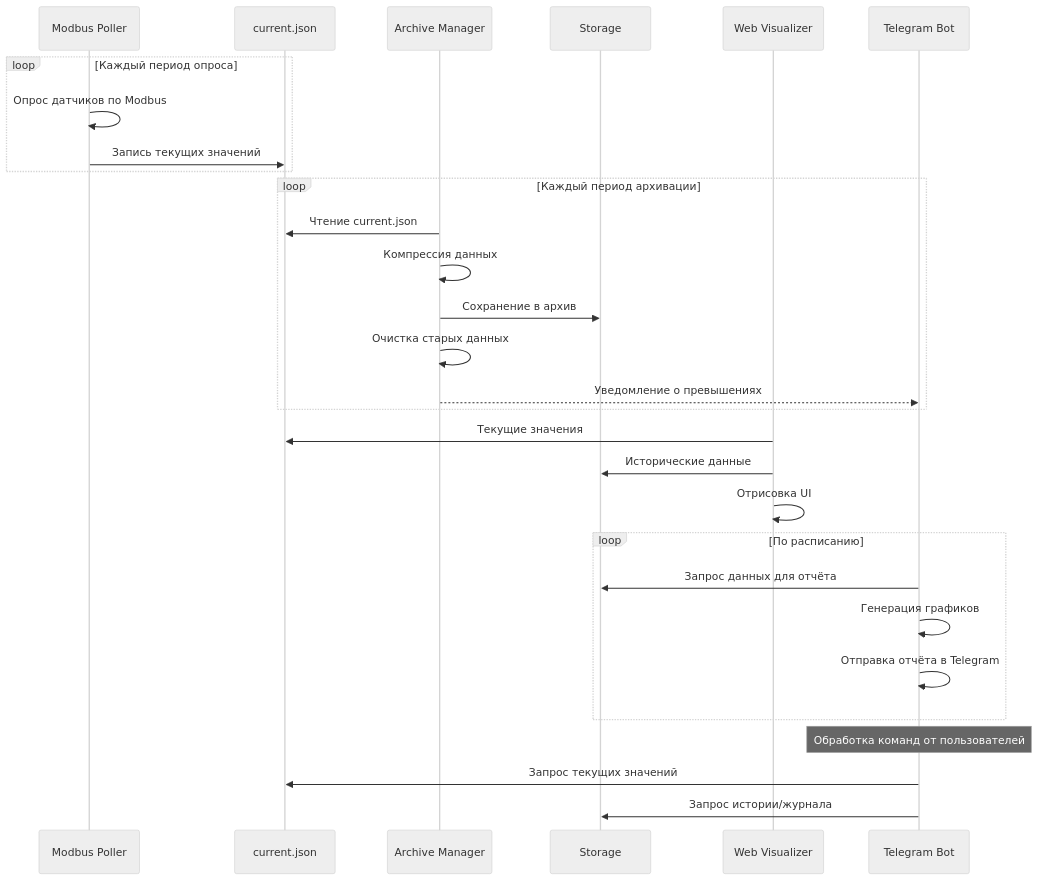
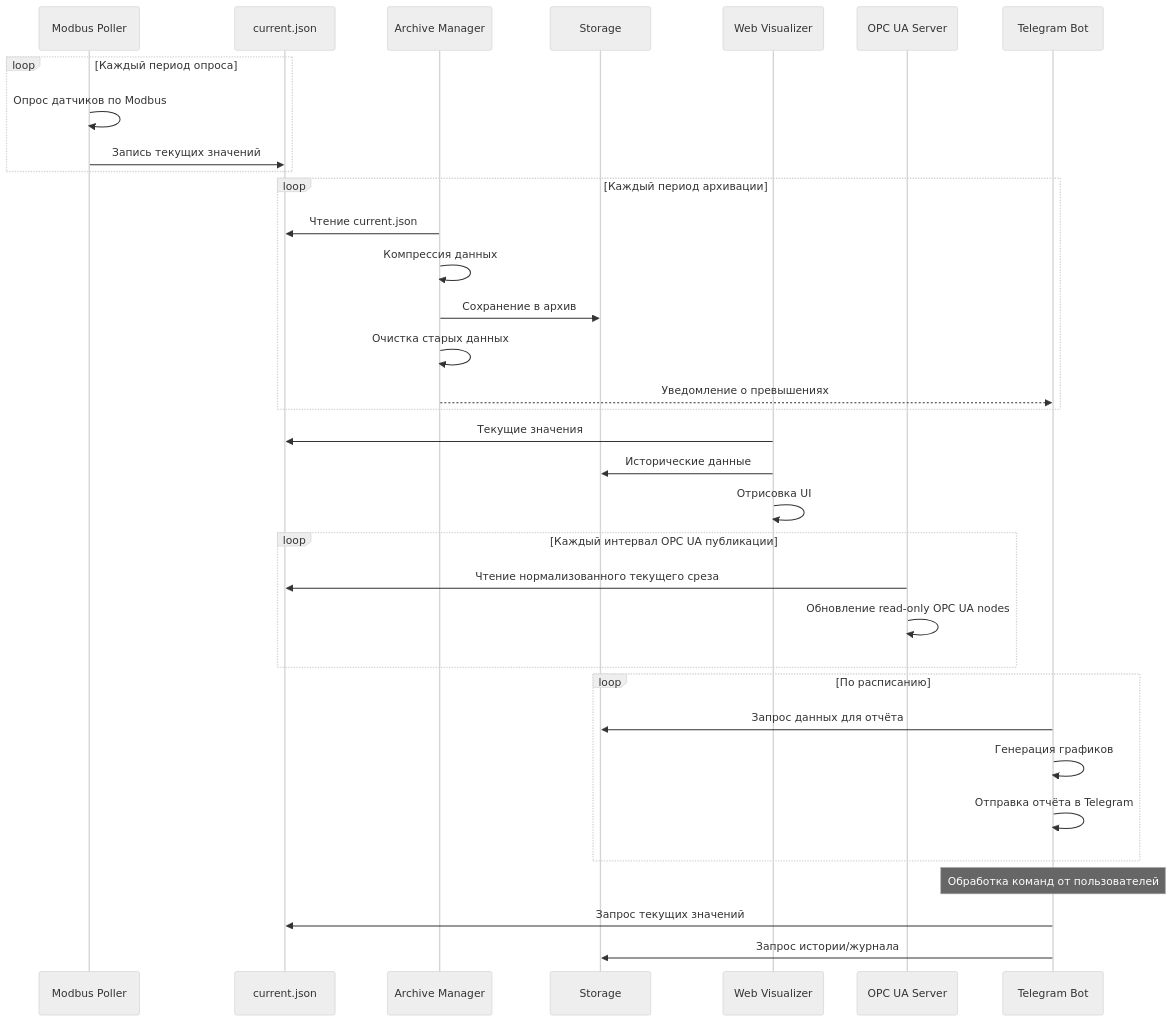
One commit to goreliy/KVT-C changed the second of 3 diagrams in Общее ТЗ на систему КВТ С.md. Above: the diagram before and after it, drawn with Mermaid (neutral theme). The commit also changed other lines of this file and 26 other files, not shown here.

````diff
--- a/Общее ТЗ на систему КВТ С.md
+++ b/Общее ТЗ на систему КВТ С.md
@@ -124,36 +133,42 @@
 ```mermaid
 sequenceDiagram
     participant P as Modbus Poller
     participant F as current.json
     participant A as Archive Manager
     participant DB as Storage
     participant V as Web Visualizer
+    participant O as OPC UA Server
     participant T as Telegram Bot
     
     loop Каждый период опроса
         P->>P: Опрос датчиков по Modbus
         P->>F: Запись текущих значений
     end
     
     loop Каждый период архивации
         A->>F: Чтение current.json
         A->>A: Компрессия данных
         A->>DB: Сохранение в архив
         A->>A: Очистка старых данных
         A-->>T: Уведомление о превышениях
     end
     
     V->>F: Текущие значения
     V->>DB: Исторические данные
     V->>V: Отрисовка UI
+
+    loop Каждый интервал OPC UA публикации
+        O->>F: Чтение нормализованного текущего среза
+        O->>O: Обновление read-only OPC UA nodes
+    end
     
     loop По расписанию
         T->>DB: Запрос данных для отчёта
         T->>T: Генерация графиков
         T->>T: Отправка отчёта в Telegram
     end
     
     Note over T: Обработка команд от пользователей
     T->>F: Запрос текущих значений
     T->>DB: Запрос истории/журнала
 ```
````
